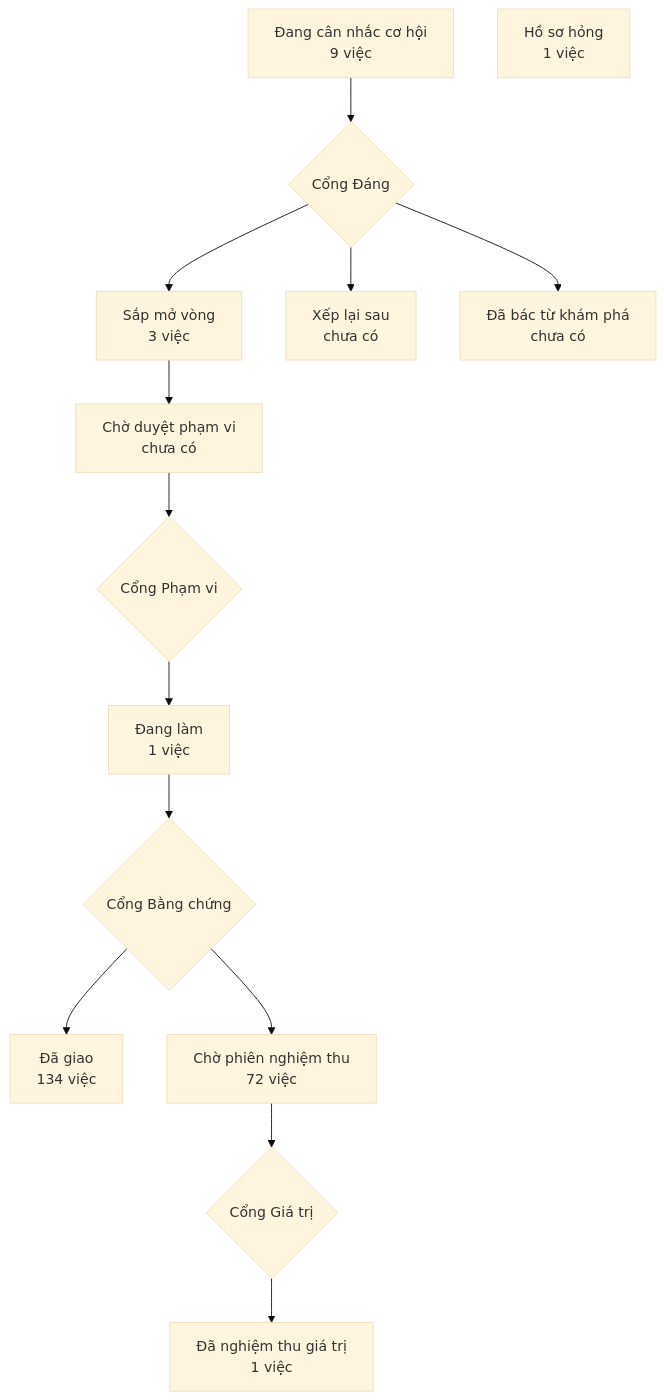
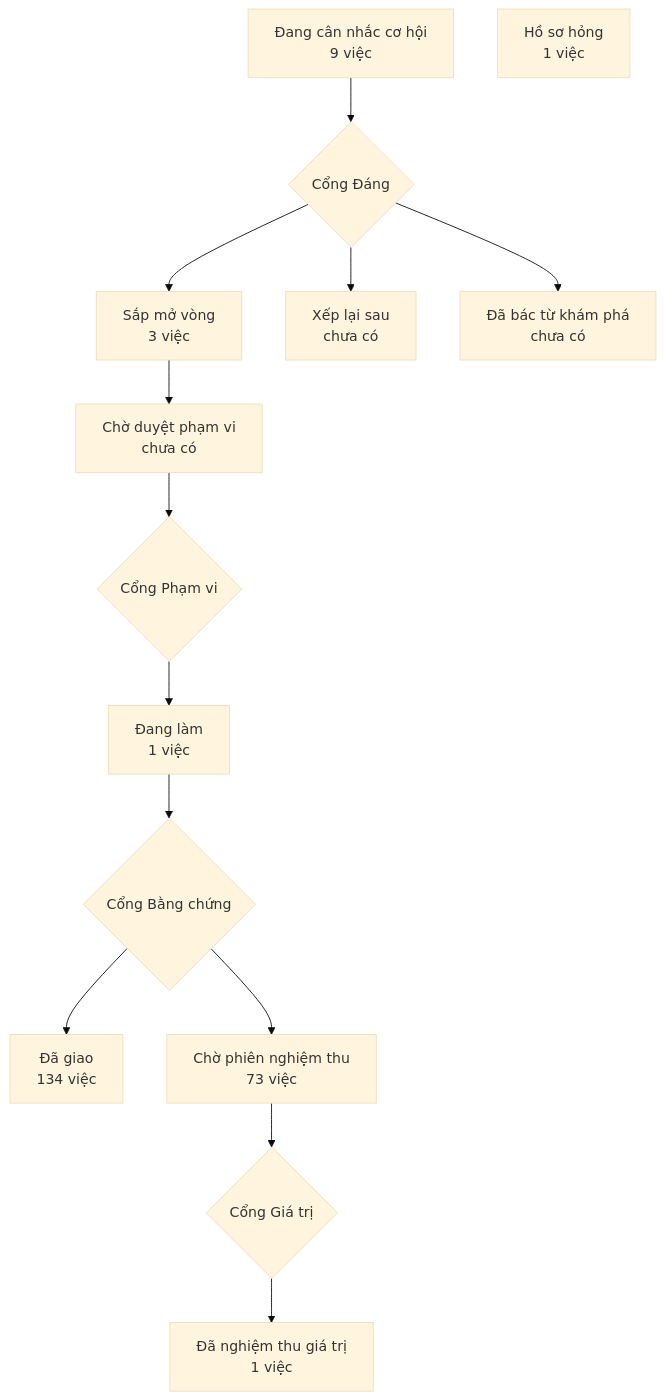
One commit to phanlemanh/crm-onehub changed the diagram in PRODUCT-MAP.md. Above: the diagram before and after it, drawn with Mermaid (base theme). The commit also changed 1 other file, not shown here.

Commit message:
chore: vẽ lại bản đồ sản phẩm từ bản sạch sau gộp onehub d089cb8d

````diff
--- a/PRODUCT-MAP.md
+++ b/PRODUCT-MAP.md
@@ -7,13 +7,13 @@
 ```mermaid
 flowchart TD
   A["Đang cân nhắc cơ hội<br/>9 việc"] --> GD{"Cổng Đáng"}
   GD --> B["Sắp mở vòng<br/>3 việc"]
   GD --> XL["Xếp lại sau<br/>chưa có"]
   GD --> DB["Đã bác từ khám phá<br/>chưa có"]
   B --> CD["Chờ duyệt phạm vi<br/>chưa có"] --> GP{"Cổng Phạm vi"}
   GP --> DL["Đang làm<br/>1 việc"] --> GB{"Cổng Bằng chứng"}
   GB --> DG["Đã giao<br/>134 việc"]
-  GB --> CN["Chờ phiên nghiệm thu<br/>72 việc"] --> GG{"Cổng Giá trị"}
+  GB --> CN["Chờ phiên nghiệm thu<br/>73 việc"] --> GG{"Cổng Giá trị"}
   GG --> NT["Đã nghiệm thu giá trị<br/>1 việc"]
   HS["Hồ sơ hỏng<br/>1 việc"]
 ```
````
